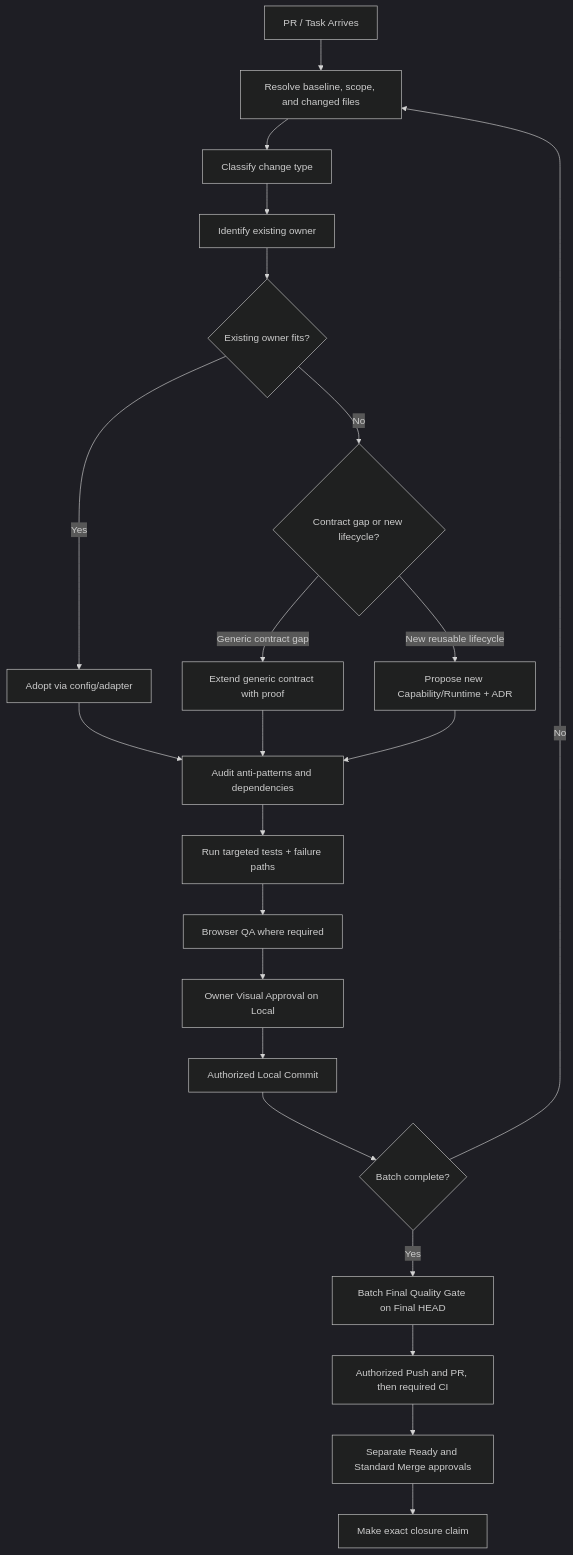
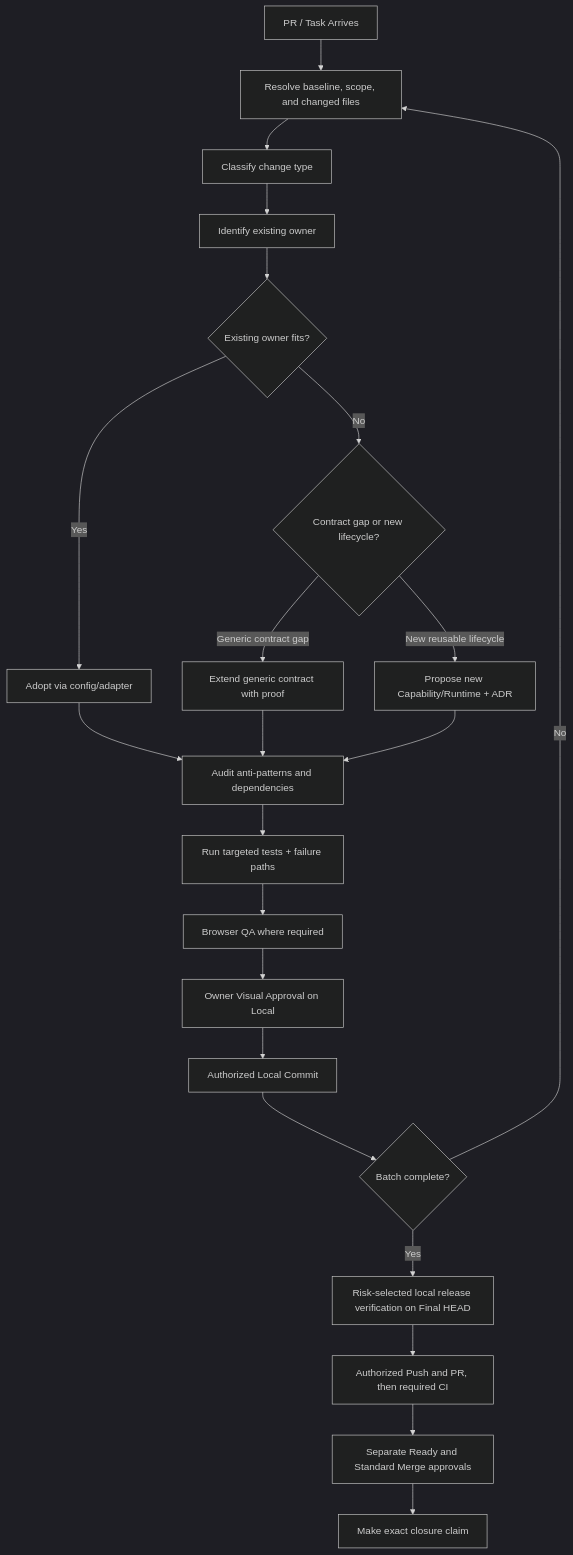
Before and after one commit to ahmedredasadan100/venesia-website: the seventh of 7 diagrams in AI_ARCHITECTURE_PRINCIPLES.md, drawn with Mermaid (dark theme). The commit also changed other lines of this file and 6 other files, not shown here.

Commit message:
feat(qa): adopt risk-based local verification

````diff
--- a/AI_ARCHITECTURE_PRINCIPLES.md
+++ b/AI_ARCHITECTURE_PRINCIPLES.md
@@ -4651,34 +4684,34 @@
 ```mermaid
 flowchart TD
     Start[PR / Task Arrives]
     Scope[Resolve baseline, scope, and changed files]
     Classify[Classify change type]
     Owner[Identify existing owner]
     Decision{Existing owner fits?}
     Adopt[Adopt via config/adapter]
     Gap{Contract gap or new lifecycle?}
     Extend[Extend generic contract with proof]
     ADR[Propose new Capability/Runtime + ADR]
     Audit[Audit anti-patterns and dependencies]
     Test[Run targeted tests + failure paths]
     Browser[Browser QA where required]
     LocalReview[Owner Visual Approval on Local]
     Commit[Authorized Local Commit]
     Batch{Batch complete?}
-    Gate[Batch Final Quality Gate on Final HEAD]
+    Gate[Risk-selected local release verification on Final HEAD]
     CI[Authorized Push and PR, then required CI]
     Delivery[Separate Ready and Standard Merge approvals]
     Claim[Make exact closure claim]
 
     Start --> Scope --> Classify --> Owner --> Decision
     Decision -- Yes --> Adopt
     Decision -- No --> Gap
     Gap -- Generic contract gap --> Extend
     Gap -- New reusable lifecycle --> ADR
     Adopt --> Audit
     Extend --> Audit
     ADR --> Audit
     Audit --> Test --> Browser --> LocalReview --> Commit --> Batch
     Batch -- No --> Scope
     Batch -- Yes --> Gate --> CI --> Delivery --> Claim
 ```
````
